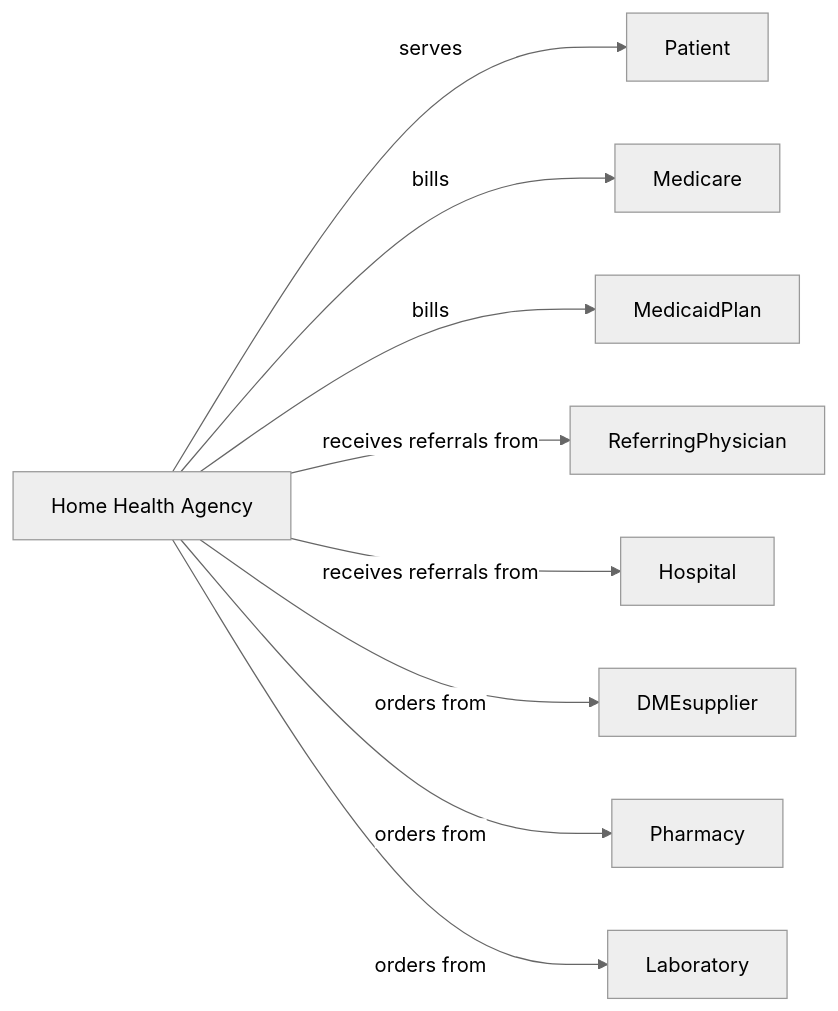
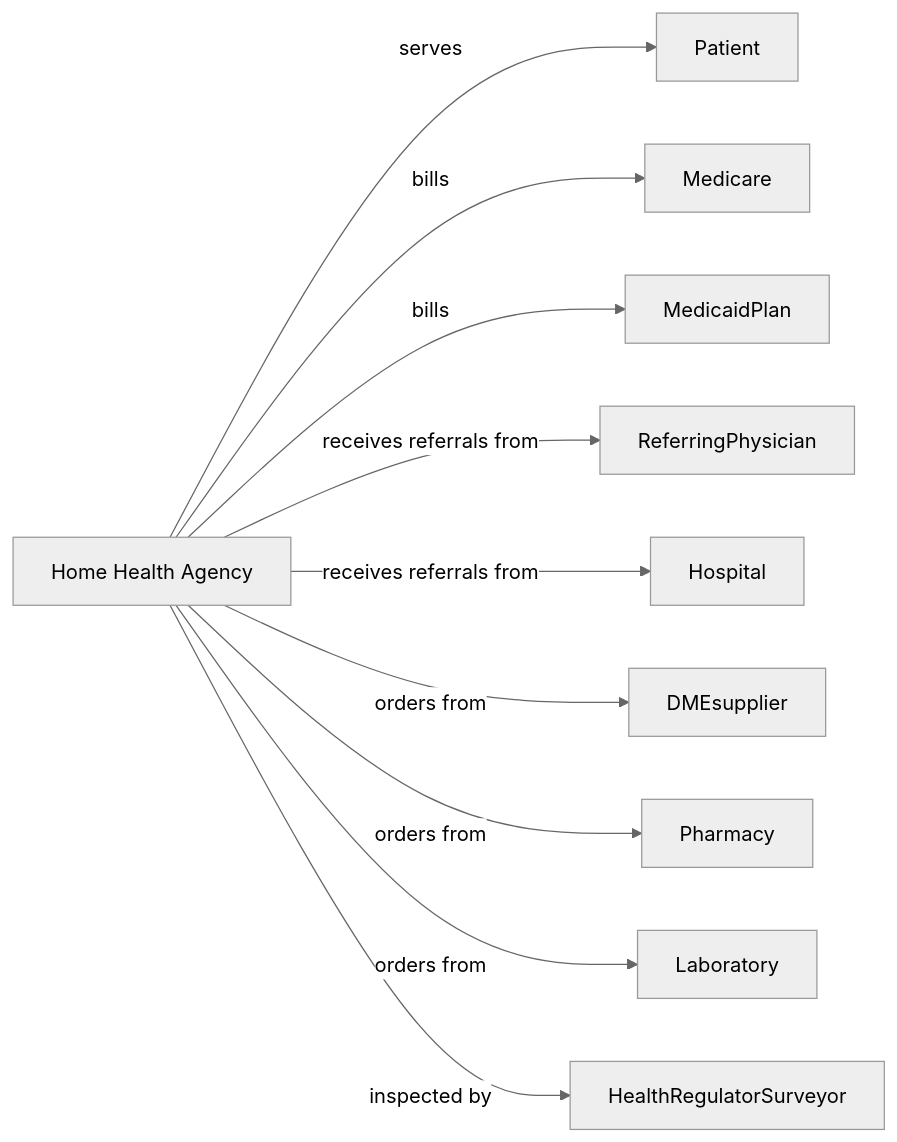
Before and after one commit to dot-org-ai/industries.org.ai: the second of 2 diagrams in HealthCare/AmbulatoryHealthCareServices/HomeHealthCareServices/HomeHealthCareServices.mdx, drawn with Mermaid (neutral theme). The commit also changed other lines of this file and 588 other files, not shown here.

````diff
--- a/HealthCare/AmbulatoryHealthCareServices/HomeHealthCareServices/HomeHealthCareServices.mdx
+++ b/HealthCare/AmbulatoryHealthCareServices/HomeHealthCareServices/HomeHealthCareServices.mdx
@@ -147,13 +147,14 @@
 ```mermaid
 graph LR
     H[Home Health Agency]
 
     H -->|serves| Patient
     H -->|bills| Medicare
     H -->|bills| MedicaidPlan
     H -->|receives referrals from| ReferringPhysician
     H -->|receives referrals from| Hospital
     H -->|orders from| DMEsupplier
     H -->|orders from| Pharmacy
     H -->|orders from| Laboratory
+    H -->|inspected by| HealthRegulatorSurveyor
 ```
````
